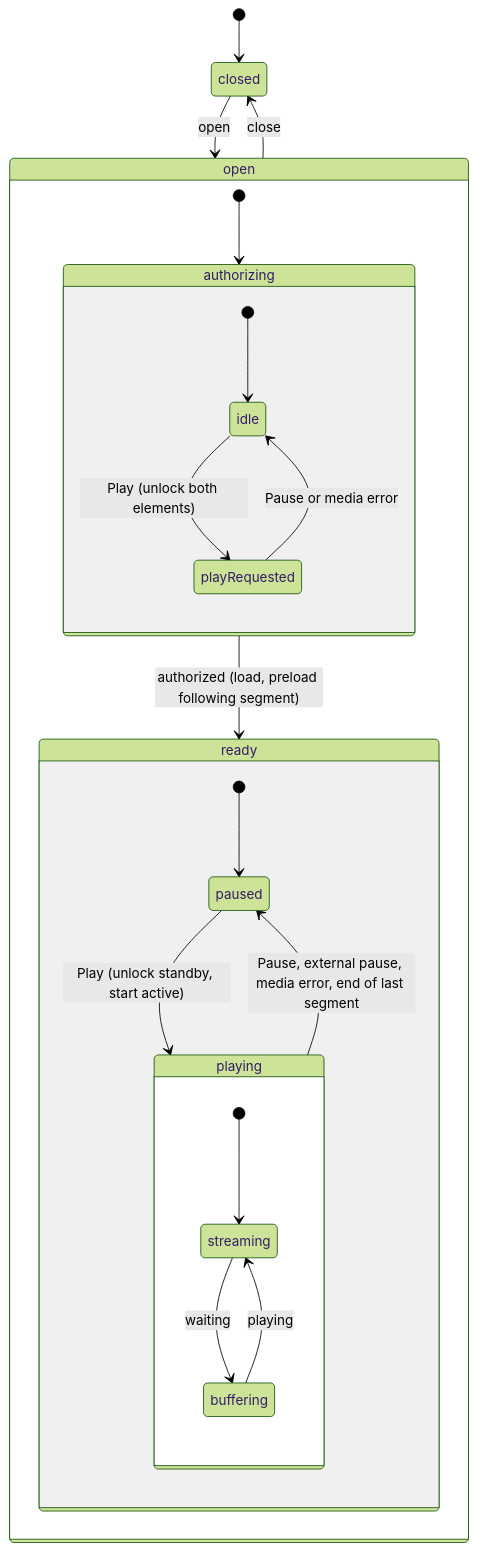
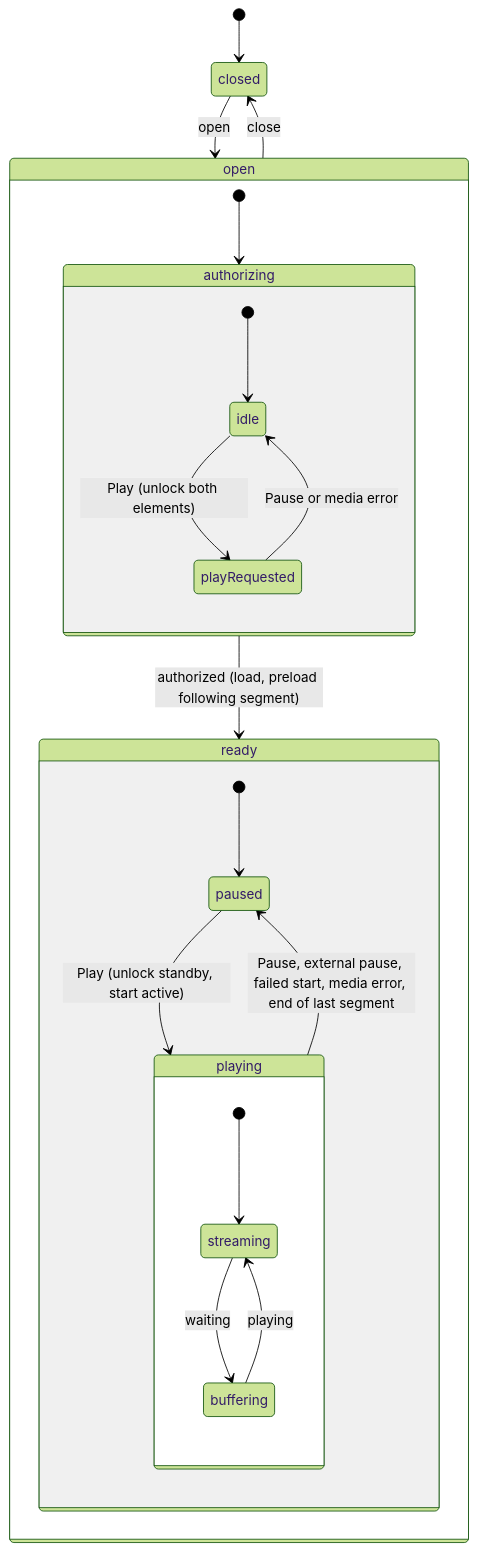
The second of 2 diagrams in docs/architecture/conversion.md (patricktree/cup), drawn with Mermaid (forest theme) before and after one commit. The commit also changed other lines of this file and 24 other files, not shown here.

````diff
--- a/docs/architecture/conversion.md
+++ b/docs/architecture/conversion.md
@@ -121,25 +125,25 @@
 ```mermaid
 stateDiagram-v2
   [*] --> closed
   closed --> open: open
   state open {
     [*] --> authorizing
     state authorizing {
       [*] --> idle
       idle --> playRequested: Play (unlock both elements)
       playRequested --> idle: Pause or media error
     }
     authorizing --> ready: authorized (load, preload following segment)
     state ready {
       [*] --> paused
       paused --> playing: Play (unlock standby, start active)
-      playing --> paused: Pause, external pause, media error, end of last segment
+      playing --> paused: Pause, external pause, failed start, media error, end of last segment
       state playing {
         [*] --> streaming
         streaming --> buffering: waiting
         buffering --> streaming: playing
       }
     }
   }
   open --> closed: close
 ```
````
